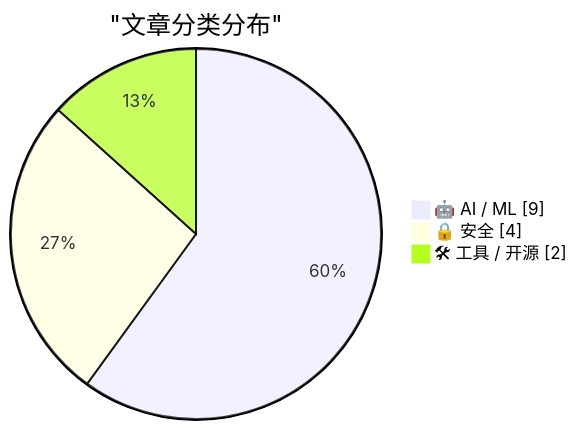
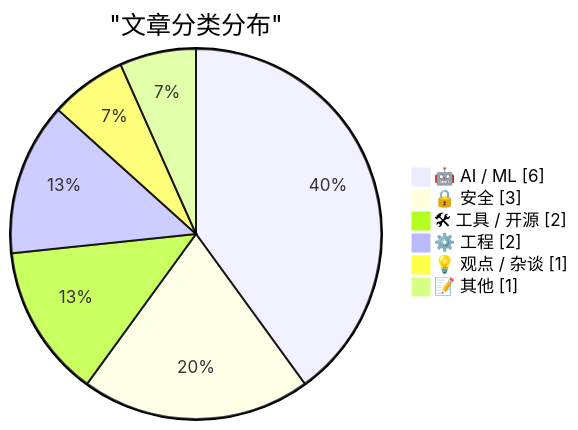
Before and after one commit to Halcyon-ccc/ai-daily-digest: the first of 2 diagrams in digests/digest-20260806.md, drawn with Mermaid. The commit also changed other lines of this file, not shown here.

````diff
--- a/digests/digest-20260806.md
+++ b/digests/digest-20260806.md
@@ -454,7 +494,10 @@
 ```mermaid
 pie showData
     title "文章分类分布"
-    "🤖 AI / ML" : 9
-    "🔒 安全" : 4
+    "🤖 AI / ML" : 6
+    "🔒 安全" : 3
     "🛠 工具 / 开源" : 2
+    "⚙️ 工程" : 2
+    "💡 观点 / 杂谈" : 1
+    "📝 其他" : 1
 ```
````
